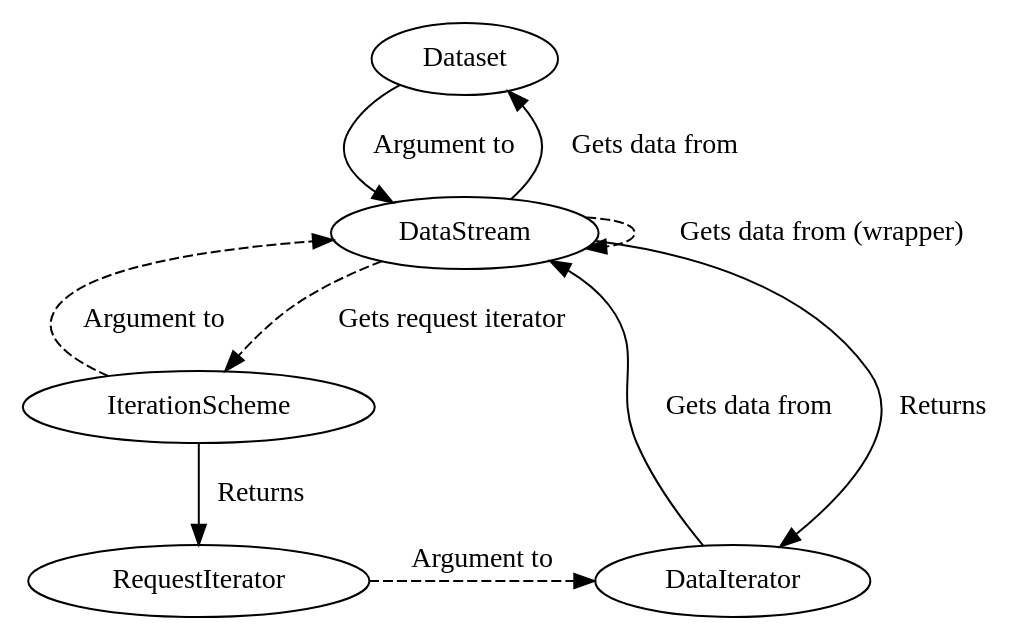
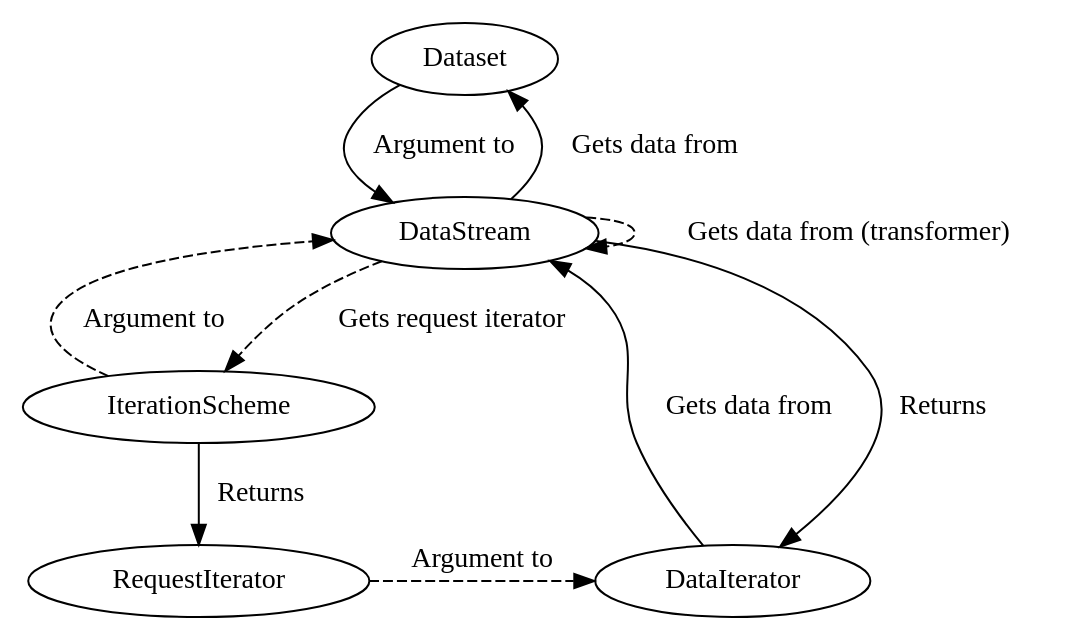
One commit to mila-iqia/fuel changed the diagram in docs/overview.rst. Above: the diagram before and after it, drawn with Graphviz. The commit also changed other lines of this file and 2 other files, not shown here.

```diff
--- a/docs/overview.rst
+++ b/docs/overview.rst
@@ -7,13 +320,13 @@
 .. digraph:: datasets
-   :caption: A simplified overview of the interactions between the different parts of the data-handling classes in Blocks. Dashed lines are optional.
+   :caption: A simplified overview of the interactions between the different parts of the data-handling classes in Fuel. Dashed lines are optional.
 
    Dataset -> DataStream [label=" Argument to"];
    DataStream -> Dataset [label=" Gets data from"];
    DataStream -> DataIterator [label=" Returns"];
    IterationScheme -> DataStream [style=dashed, label=" Argument to"];
    DataStream -> IterationScheme [style=dashed, label=" Gets request iterator"];
    IterationScheme -> RequestIterator [label=" Returns"];
    RequestIterator -> DataIterator [style=dashed, label=" Argument to"];
    DataIterator -> DataStream [label=" Gets data from"];
-   DataStream -> DataStream [style=dashed, label=" Gets data from (wrapper)"];
+   DataStream -> DataStream [style=dashed, label=" Gets data from (transformer)"];
    { rank=same; RequestIterator DataIterator }
```
